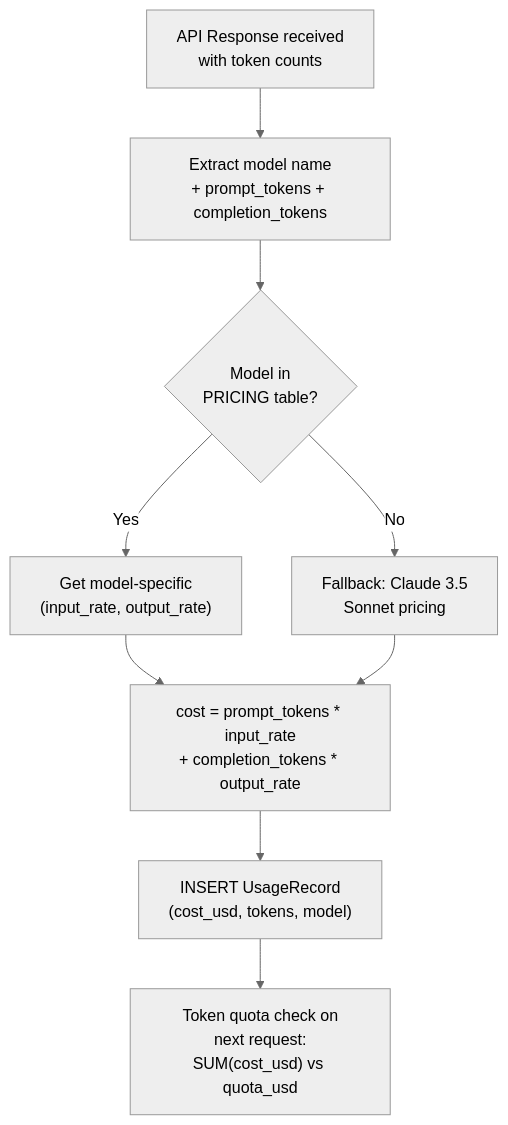
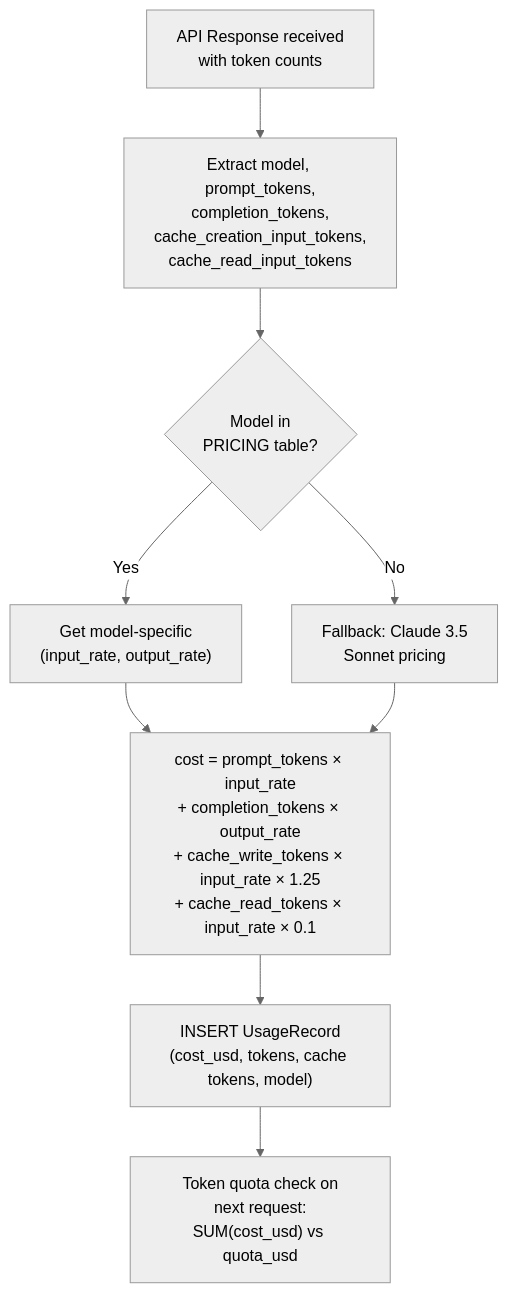
Before and after one commit to aws-samples/sample-kolya-br-proxy: the ninth of 9 diagrams in docs/architecture.md, drawn with Mermaid (neutral theme). The commit also changed other lines of this file and 45 other files, not shown here.

````diff
--- a/docs/architecture.md
+++ b/docs/architecture.md
@@ -612,11 +646,11 @@
 ```mermaid
 graph TD
-    A["API Response received<br/>with token counts"] --> B["Extract model name<br/>+ prompt_tokens + completion_tokens"]
+    A["API Response received<br/>with token counts"] --> B["Extract model, prompt_tokens,<br/>completion_tokens,<br/>cache_creation_input_tokens,<br/>cache_read_input_tokens"]
     B --> C{"Model in<br/>PRICING table?"}
     C -->|"Yes"| D["Get model-specific<br/>(input_rate, output_rate)"]
     C -->|"No"| E["Fallback: Claude 3.5<br/>Sonnet pricing"]
-    D --> F["cost = prompt_tokens * input_rate<br/>+ completion_tokens * output_rate"]
+    D --> F["cost = prompt_tokens × input_rate<br/>+ completion_tokens × output_rate<br/>+ cache_write_tokens × input_rate × 1.25<br/>+ cache_read_tokens × input_rate × 0.1"]
     E --> F
-    F --> G["INSERT UsageRecord<br/>(cost_usd, tokens, model)"]
+    F --> G["INSERT UsageRecord<br/>(cost_usd, tokens, cache tokens, model)"]
     G --> H["Token quota check on<br/>next request:<br/>SUM(cost_usd) vs quota_usd"]
 ```
````
